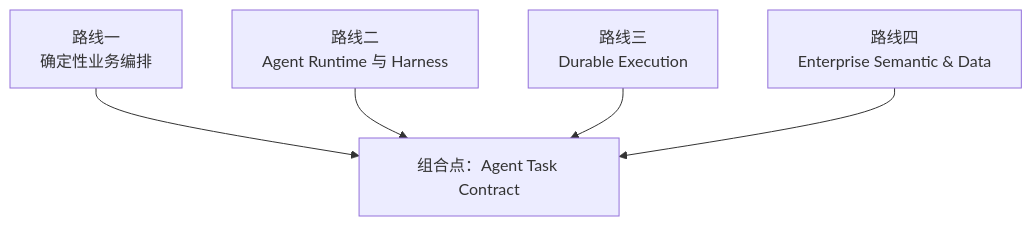
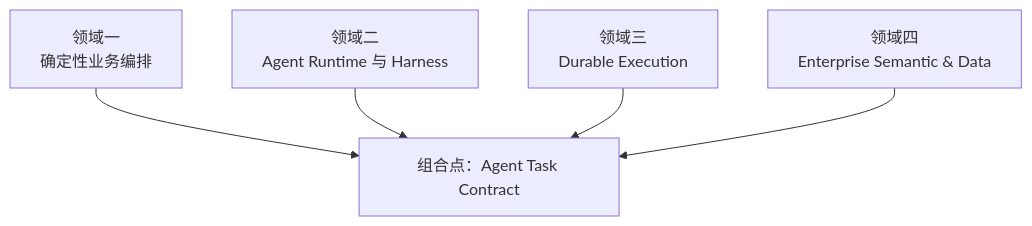
Before and after one commit to devweekly/devweekly.github.io: the third of 35 diagrams in src/content/blog/workflow and agent and bpmn.md, drawn with Mermaid. The commit also changed other lines of this file and 5 other files, not shown here.

````diff
--- a/src/content/blog/workflow and agent and bpmn.md
+++ b/src/content/blog/workflow and agent and bpmn.md
@@ -329,12 +347,12 @@
 ```mermaid
 flowchart TD
-    R1["路线一<br/>确定性业务编排"]
-    R2["路线二<br/>Agent Runtime 与 Harness"]
-    R3["路线三<br/>Durable Execution"]
-    R4["路线四<br/>Enterprise Semantic & Data"]
+    R1["领域一<br/>确定性业务编排"]
+    R2["领域二<br/>Agent Runtime 与 Harness"]
+    R3["领域三<br/>Durable Execution"]
+    R4["领域四<br/>Enterprise Semantic & Data"]
 
     R1 --> CB["组合点：Agent Task Contract"]
     R2 --> CB
     R3 --> CB
     R4 --> CB
 ```
````
